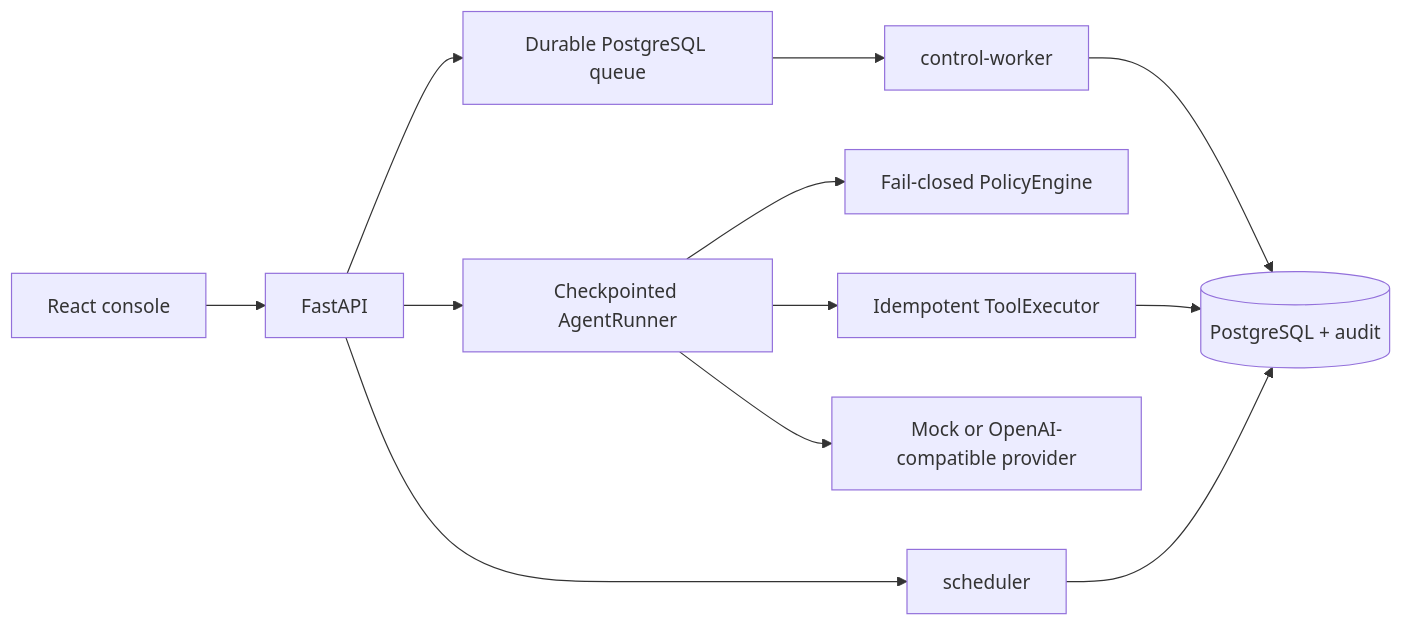
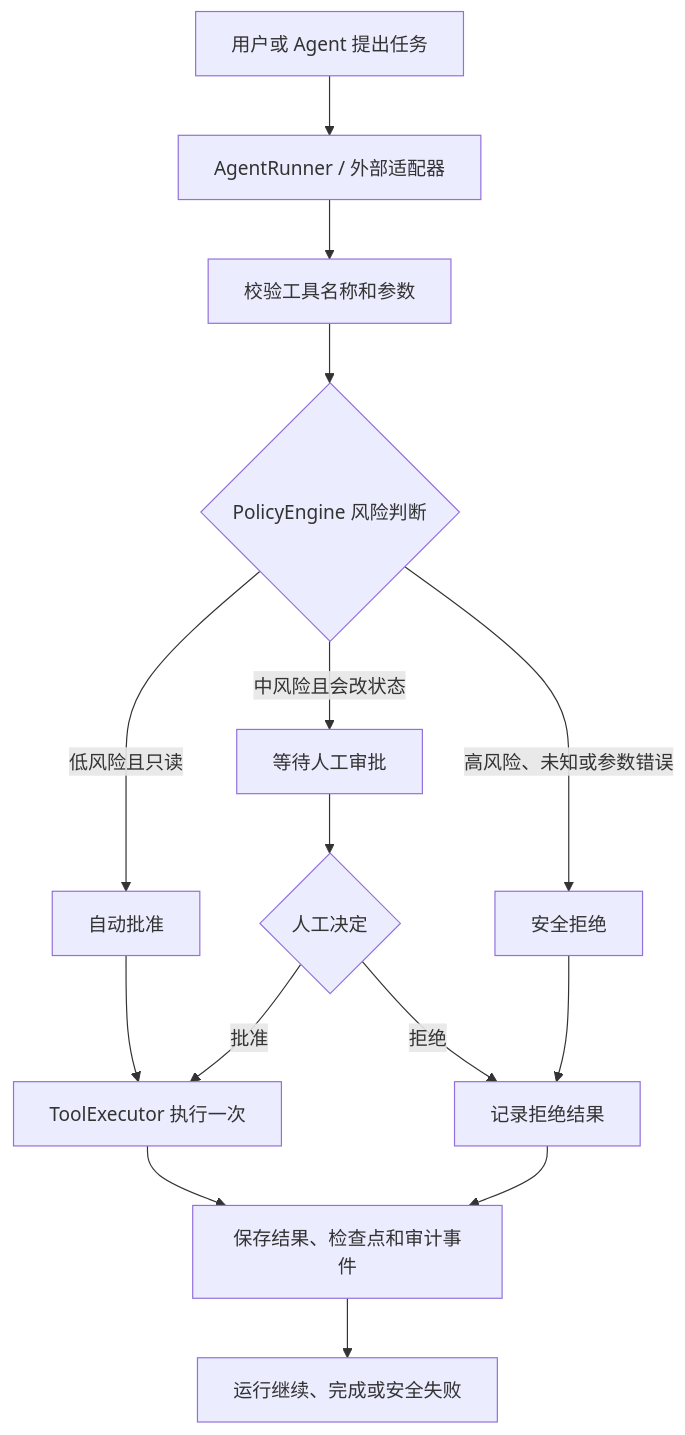
One commit to Caser-86/agentgate-control-plane changed the diagram in README.md. Above: the diagram before and after it, drawn with Mermaid. The commit also changed other lines of this file and 41 other files, not shown here.

````diff
--- a/README.md
+++ b/README.md
@@ -21,14 +73,17 @@
 ```mermaid
-flowchart LR
-    Browser[React console] --> API[FastAPI]
-    API --> Queue[Durable PostgreSQL queue]
-    Queue --> ControlWorker[control-worker]
-    API --> Runner[Checkpointed AgentRunner]
-    Runner --> Policy[Fail-closed PolicyEngine]
-    Runner --> Executor[Idempotent ToolExecutor]
-    Executor --> DB[(PostgreSQL + audit)]
-    API --> Scheduler[scheduler]
-    Scheduler --> DB
-    ControlWorker --> DB
-    Runner --> LLM[Mock or OpenAI-compatible provider]
+flowchart TD
+    A[用户或 Agent 提出任务] --> B[AgentRunner / 外部适配器]
+    B --> C[校验工具名称和参数]
+    C --> D{PolicyEngine 风险判断}
+    D -->|低风险且只读| E[自动批准]
+    D -->|中风险且会改状态| F[等待人工审批]
+    D -->|高风险、未知或参数错误| G[安全拒绝]
+    E --> H[ToolExecutor 执行一次]
+    F --> I{人工决定}
+    I -->|批准| H
+    I -->|拒绝| J[记录拒绝结果]
+    G --> J
+    H --> K[保存结果、检查点和审计事件]
+    J --> K
+    K --> L[运行继续、完成或安全失败]
 ```
````
